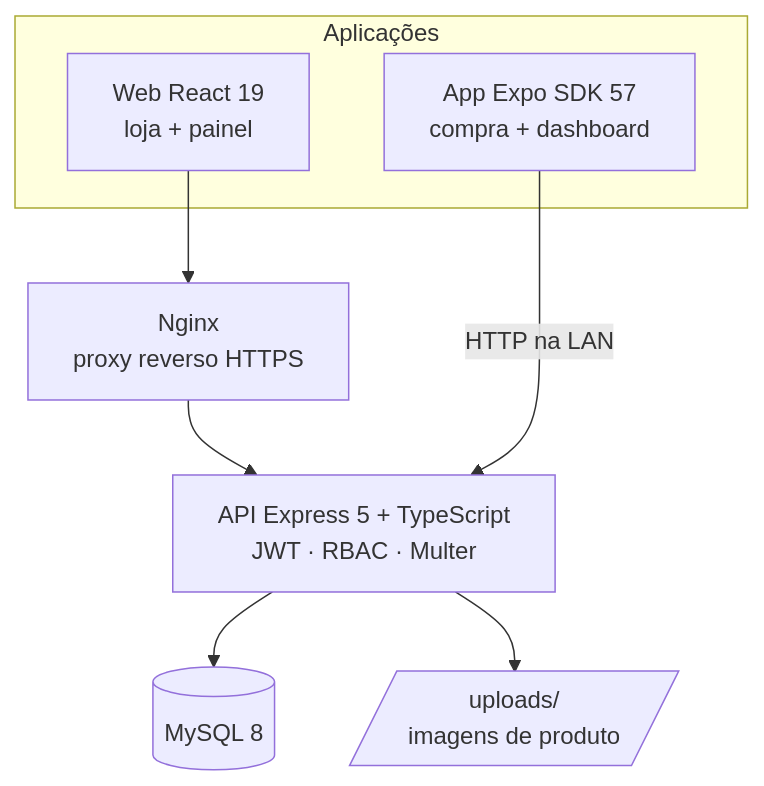
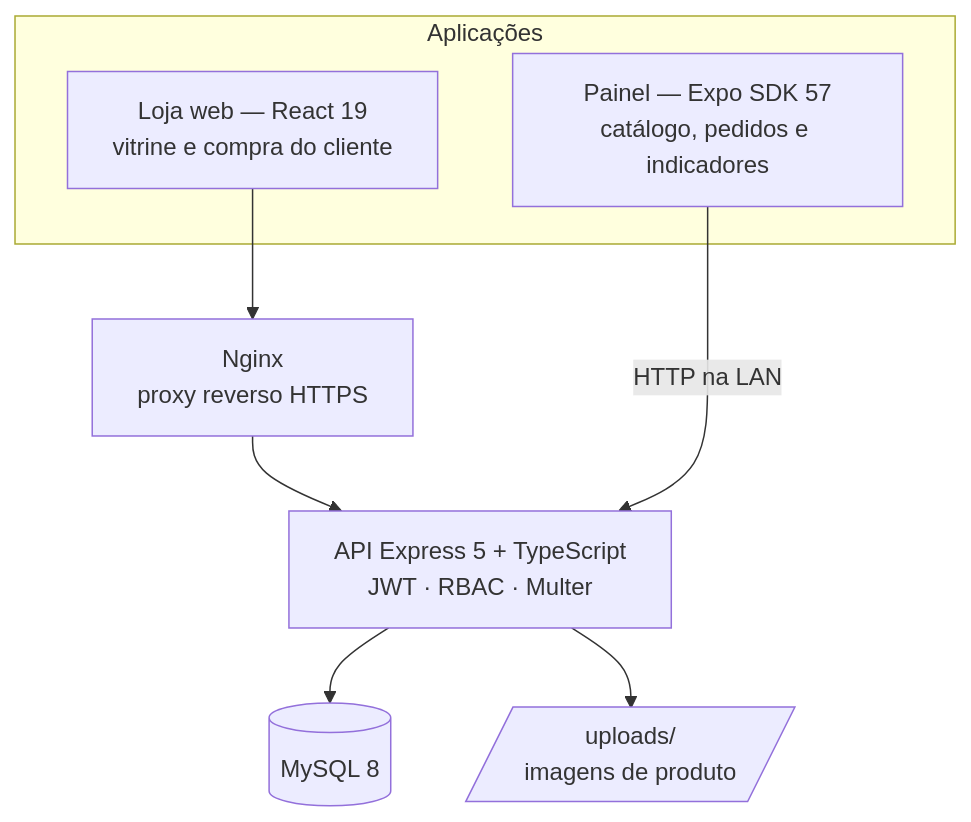
Before and after one commit to JoaoVitorMcz/pcforge-mobile: the diagram in docs/contextualizacao.md, drawn with Mermaid. The commit also changed other lines of this file and 8 other files, not shown here.

````diff
--- a/docs/contextualizacao.md
+++ b/docs/contextualizacao.md
@@ -92,17 +116,17 @@
 ```mermaid
 flowchart TB
     subgraph clientes["Aplicações"]
-        Web["Web React 19<br/>loja + painel"]
-        Mobile["App Expo SDK 57<br/>compra + dashboard"]
+        Web["Loja web — React 19<br/>vitrine e compra do cliente"]
+        Mobile["Painel — Expo SDK 57<br/>catálogo, pedidos e indicadores"]
     end
 
     Nginx["Nginx<br/>proxy reverso HTTPS"]
     API["API Express 5 + TypeScript<br/>JWT · RBAC · Multer"]
     DB[("MySQL 8")]
     Disco[/"uploads/<br/>imagens de produto"/]
 
     Web --> Nginx --> API
     Mobile -->|"HTTP na LAN"| API
     API --> DB
     API --> Disco
 ```
````
